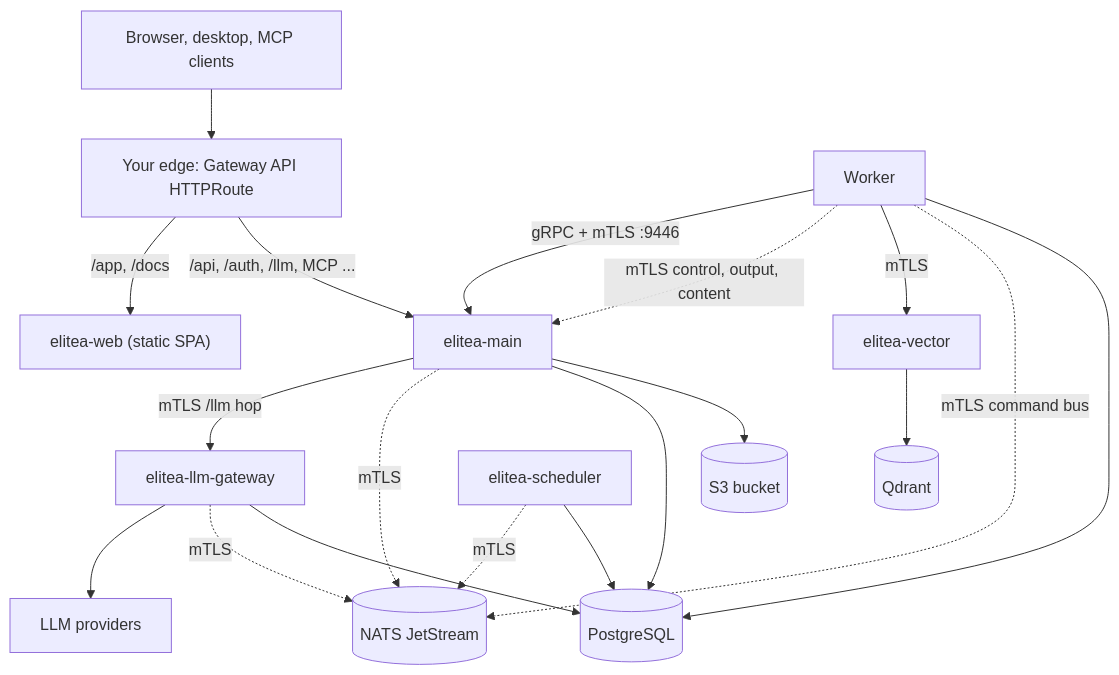
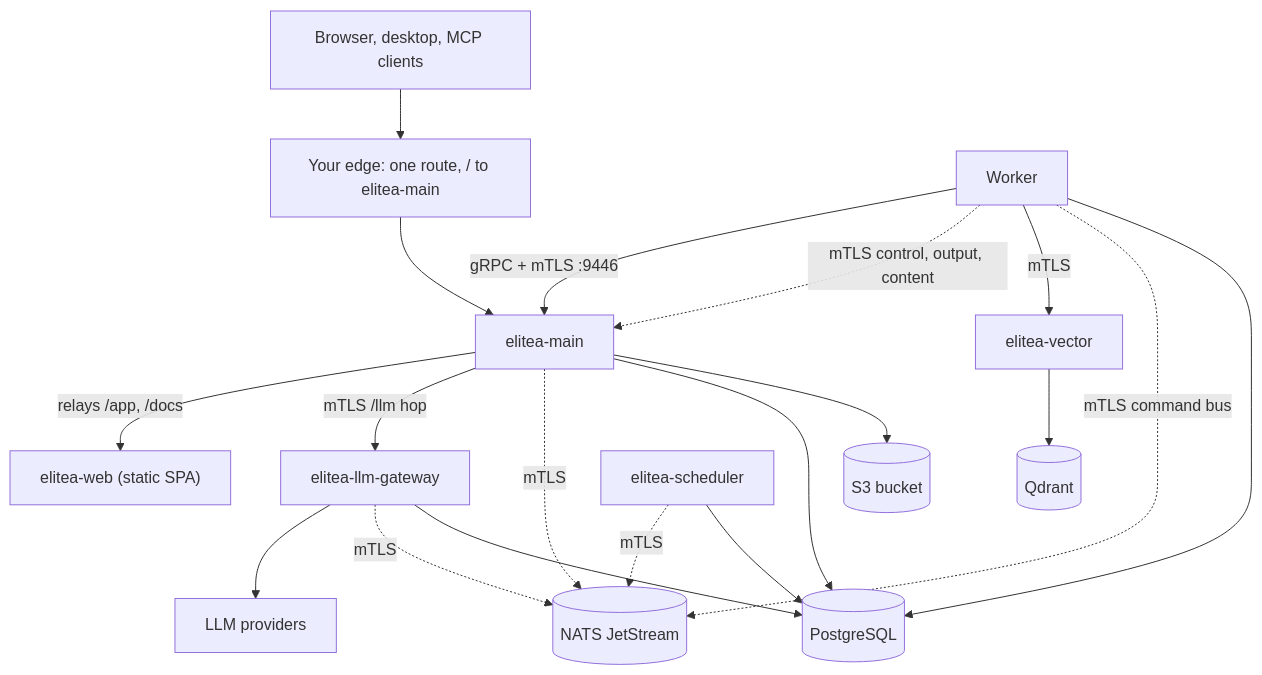
One commit to elitea-ng/elitea-platform changed the diagram in apps/elitea-web/src/entries/docs/content/deployment/from-scratch.mdx. Above: the diagram before and after it, drawn with Mermaid. The commit also changed other lines of this file and 283 other files, not shown here.

First line of the commit message:
feat(helm)!: one chart (NATS + Qdrant as chart dependencies, optional KEDA), single edge route, whole product by default, GKE + Argo CD guide (#1390)

````diff
--- a/apps/elitea-web/src/entries/docs/content/deployment/from-scratch.mdx
+++ b/apps/elitea-web/src/entries/docs/content/deployment/from-scratch.mdx
@@ -14,21 +14,21 @@
 ```mermaid
 flowchart TB
-    Browser["Browser, desktop, MCP clients"] --> Edge["Your edge: Gateway API HTTPRoute"]
-    Edge -->|"/app, /docs"| Web["elitea-web (static SPA)"]
-    Edge -->|"/api, /auth, /llm, MCP ..."| Main["elitea-main"]
+    Browser["Browser, desktop, MCP clients"] --> Edge["Your edge: one route, / to elitea-main"]
+    Edge --> Main["elitea-main"]
+    Main -->|"relays /app, /docs"| Web["elitea-web (static SPA)"]
     Main -->|"mTLS /llm hop"| GW["elitea-llm-gateway"]
     GW --> Providers["LLM providers"]
     Worker -->|"gRPC + mTLS :9446"| Main
     Worker -. "mTLS control, output, content" .-> Main
     Worker -->|"mTLS"| Vector["elitea-vector"]
     Vector --> Qdrant[("Qdrant")]
     Main -. "mTLS" .-> NATS[("NATS JetStream")]
     Worker -. "mTLS command bus" .-> NATS
     GW -. "mTLS" .-> NATS
     Sched["elitea-scheduler"] -. "mTLS" .-> NATS
     Main --> PG[("PostgreSQL")]
     GW --> PG
     Sched --> PG
     Worker --> PG
     Main --> S3[("S3 bucket")]
 ```
````
